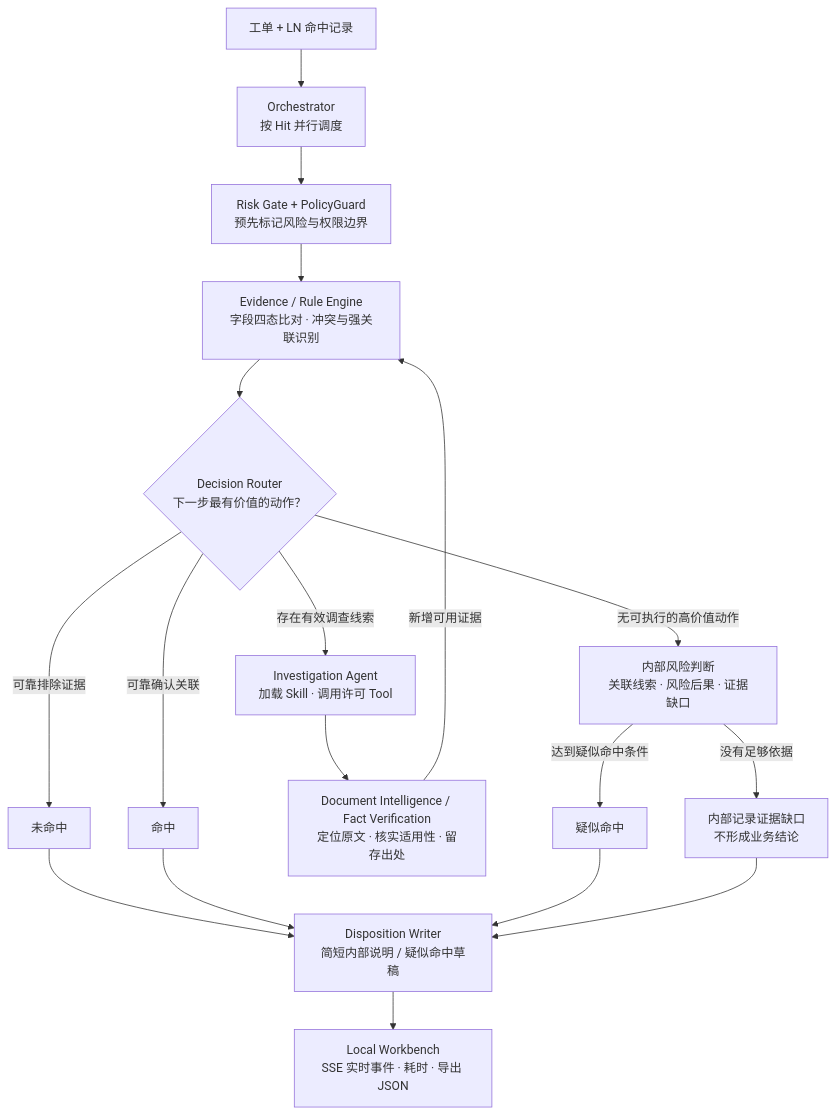
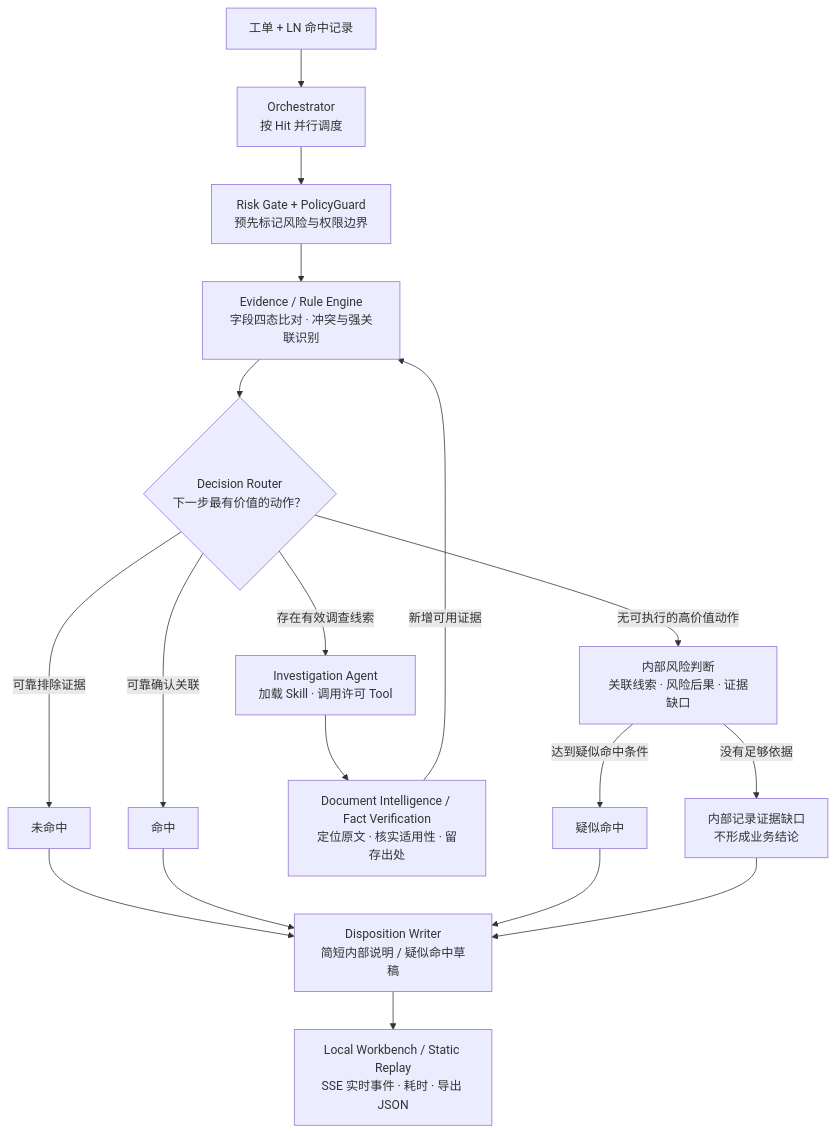
The diagram in README.md (Lkjhgfdsa-mnbvcxz/ln-screening-agent), drawn with Mermaid before and after one commit. The commit also changed other lines of this file and 42 other files, not shown here.

Commit message:
v0.9.3: authorized local WorkBuddy adapters, real-case regression fixes and public synthetic interactive replay

````diff
--- a/README.md
+++ b/README.md
@@ -24,22 +40,22 @@
 ```mermaid
 flowchart TD
     Input["工单 + LN 命中记录"] --> O["Orchestrator<br/>按 Hit 并行调度"]
     O --> G["Risk Gate + PolicyGuard<br/>预先标记风险与权限边界"]
     G --> E["Evidence / Rule Engine<br/>字段四态比对 · 冲突与强关联识别"]
     E --> R{"Decision Router<br/>下一步最有价值的动作？"}
 
     R -->|"可靠排除证据"| X["未命中"]
     R -->|"可靠确认关联"| L["命中"]
     R -->|"存在有效调查线索"| B["Investigation Agent<br/>加载 Skill · 调用许可 Tool"]
     B --> V["Document Intelligence / Fact Verification<br/>定位原文 · 核实适用性 · 留存出处"]
     V -->|"新增可用证据"| E
     R -->|"无可执行的高价值动作"| S["内部风险判断<br/>关联线索 · 风险后果 · 证据缺口"]
     S -->|"达到疑似命中条件"| Y["疑似命中"]
     S -->|"没有足够依据"| N["内部记录证据缺口<br/>不形成业务结论"]
 
     X --> W["Disposition Writer<br/>简短内部说明 / 疑似命中草稿"]
     L --> W
     Y --> W
     N --> W
-    W --> UI["Local Workbench<br/>SSE 实时事件 · 耗时 · 导出 JSON"]
+    W --> UI["Local Workbench / Static Replay<br/>SSE 实时事件 · 耗时 · 导出 JSON"]
 ```
````
